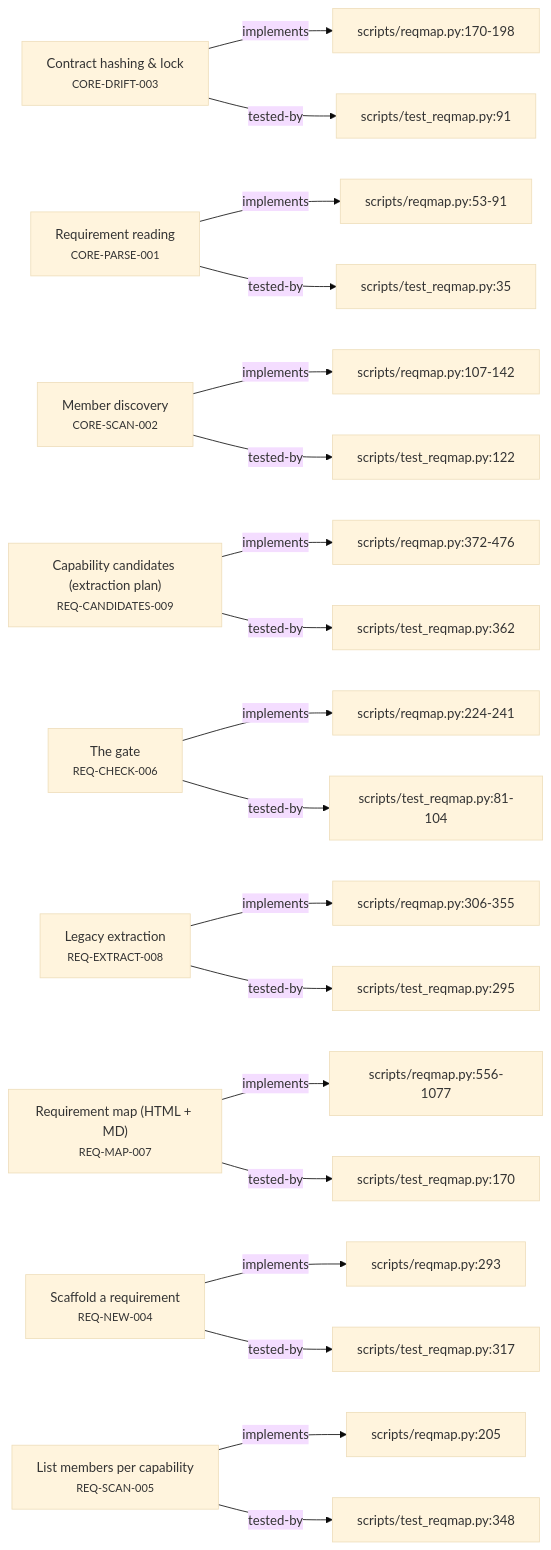
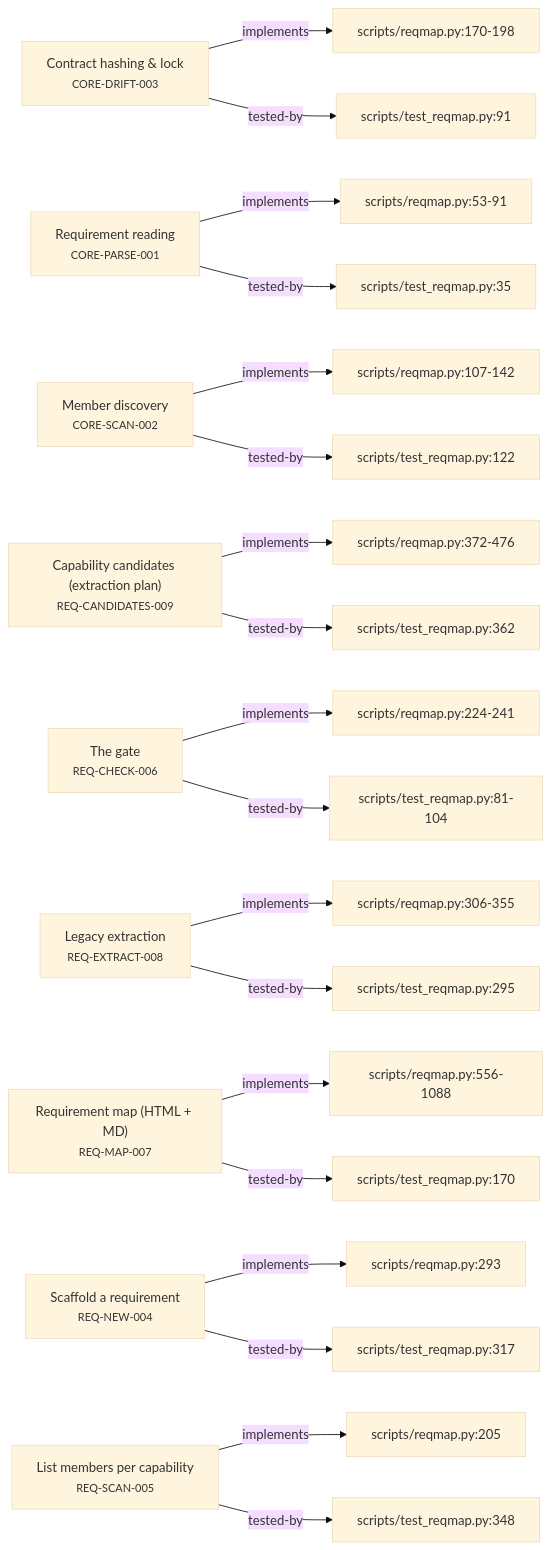
The second of 5 diagrams in plugin/requirements/_map.md (alxmax/Requirement-manager), drawn with Mermaid (base theme) before and after one commit. The commit also changed other lines of this file and 2 other files, not shown here.

Commit message:
fix(map): correct centering (screen-rect delta), yellow highlight, highlight-on-select
- Centering threw the node to the corner: it used g.getBBox() (node-LOCAL coords),
  not the diagram position. Now measure the node + pane on-screen rects and shift
  the pan by the pixel delta -> the node lands at the pane center at any zoom.
- Color changed red -> yellow (highlight stroke + light-yellow fill + glow, and
  the center button).
- Selecting a requirement (click a node, or search -> pick) now also
  yellow-highlights it in the current diagram, not just via the center button.
- 44 tests green.

````diff
--- a/plugin/requirements/_map.md
+++ b/plugin/requirements/_map.md
@@ -37,48 +37,48 @@
 ```mermaid
 graph LR
   CORE_DRIFT_003["Contract hashing & lock<br><small>CORE-DRIFT-003</small>"]
   f_scripts_reqmap_py_170_198["scripts/reqmap.py:170-198"]
   CORE_DRIFT_003 -->|implements| f_scripts_reqmap_py_170_198
   f_scripts_test_reqmap_py_91["scripts/test_reqmap.py:91"]
   CORE_DRIFT_003 -->|tested-by| f_scripts_test_reqmap_py_91
   CORE_PARSE_001["Requirement reading<br><small>CORE-PARSE-001</small>"]
   f_scripts_reqmap_py_53_91["scripts/reqmap.py:53-91"]
   CORE_PARSE_001 -->|implements| f_scripts_reqmap_py_53_91
   f_scripts_test_reqmap_py_35["scripts/test_reqmap.py:35"]
   CORE_PARSE_001 -->|tested-by| f_scripts_test_reqmap_py_35
   CORE_SCAN_002["Member discovery<br><small>CORE-SCAN-002</small>"]
   f_scripts_reqmap_py_107_142["scripts/reqmap.py:107-142"]
   CORE_SCAN_002 -->|implements| f_scripts_reqmap_py_107_142
   f_scripts_test_reqmap_py_122["scripts/test_reqmap.py:122"]
   CORE_SCAN_002 -->|tested-by| f_scripts_test_reqmap_py_122
   REQ_CANDIDATES_009["Capability candidates (extraction plan)<br><small>REQ-CANDIDATES-009</small>"]
   f_scripts_reqmap_py_372_476["scripts/reqmap.py:372-476"]
   REQ_CANDIDATES_009 -->|implements| f_scripts_reqmap_py_372_476
   f_scripts_test_reqmap_py_362["scripts/test_reqmap.py:362"]
   REQ_CANDIDATES_009 -->|tested-by| f_scripts_test_reqmap_py_362
   REQ_CHECK_006["The gate<br><small>REQ-CHECK-006</small>"]
   f_scripts_reqmap_py_224_241["scripts/reqmap.py:224-241"]
   REQ_CHECK_006 -->|implements| f_scripts_reqmap_py_224_241
   f_scripts_test_reqmap_py_81_104["scripts/test_reqmap.py:81-104"]
   REQ_CHECK_006 -->|tested-by| f_scripts_test_reqmap_py_81_104
   REQ_EXTRACT_008["Legacy extraction<br><small>REQ-EXTRACT-008</small>"]
   f_scripts_reqmap_py_306_355["scripts/reqmap.py:306-355"]
   REQ_EXTRACT_008 -->|implements| f_scripts_reqmap_py_306_355
   f_scripts_test_reqmap_py_295["scripts/test_reqmap.py:295"]
   REQ_EXTRACT_008 -->|tested-by| f_scripts_test_reqmap_py_295
   REQ_MAP_007["Requirement map (HTML + MD)<br><small>REQ-MAP-007</small>"]
-  f_scripts_reqmap_py_556_1077["scripts/reqmap.py:556-1077"]
-  REQ_MAP_007 -->|implements| f_scripts_reqmap_py_556_1077
+  f_scripts_reqmap_py_556_1088["scripts/reqmap.py:556-1088"]
+  REQ_MAP_007 -->|implements| f_scripts_reqmap_py_556_1088
   f_scripts_test_reqmap_py_170["scripts/test_reqmap.py:170"]
   REQ_MAP_007 -->|tested-by| f_scripts_test_reqmap_py_170
   REQ_NEW_004["Scaffold a requirement<br><small>REQ-NEW-004</small>"]
   f_scripts_reqmap_py_293["scripts/reqmap.py:293"]
   REQ_NEW_004 -->|implements| f_scripts_reqmap_py_293
   f_scripts_test_reqmap_py_317["scripts/test_reqmap.py:317"]
   REQ_NEW_004 -->|tested-by| f_scripts_test_reqmap_py_317
   REQ_SCAN_005["List members per capability<br><small>REQ-SCAN-005</small>"]
   f_scripts_reqmap_py_205["scripts/reqmap.py:205"]
   REQ_SCAN_005 -->|implements| f_scripts_reqmap_py_205
   f_scripts_test_reqmap_py_348["scripts/test_reqmap.py:348"]
   REQ_SCAN_005 -->|tested-by| f_scripts_test_reqmap_py_348
 ```
````
